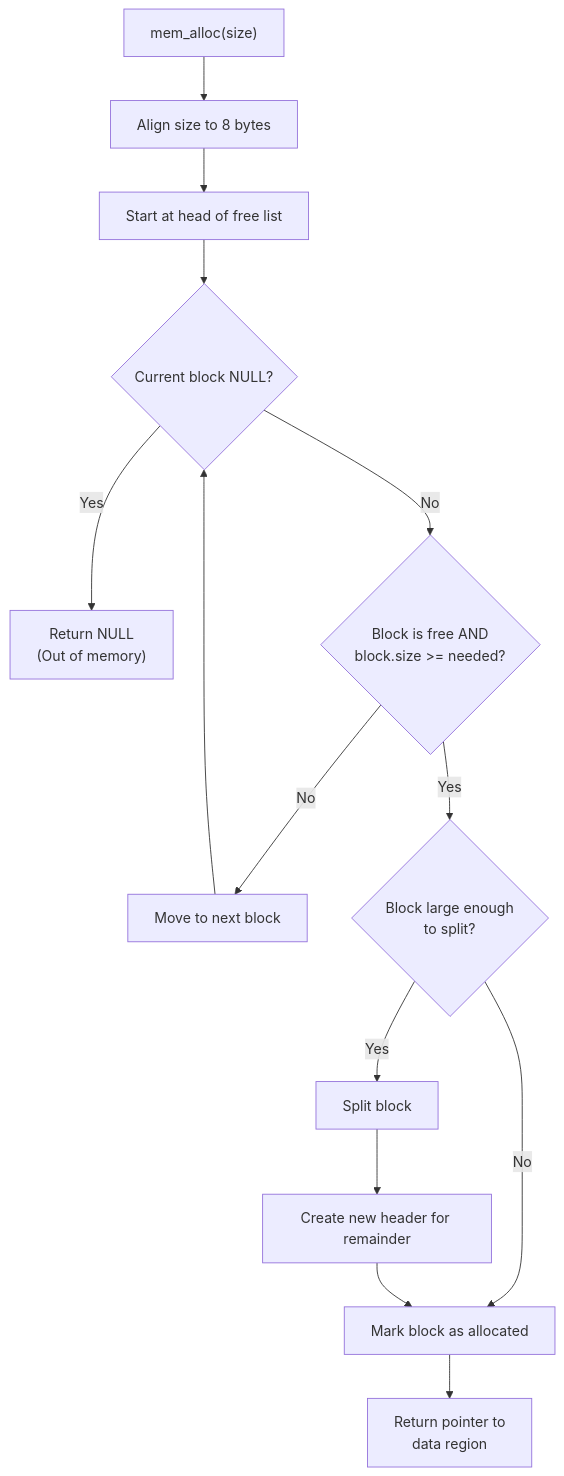
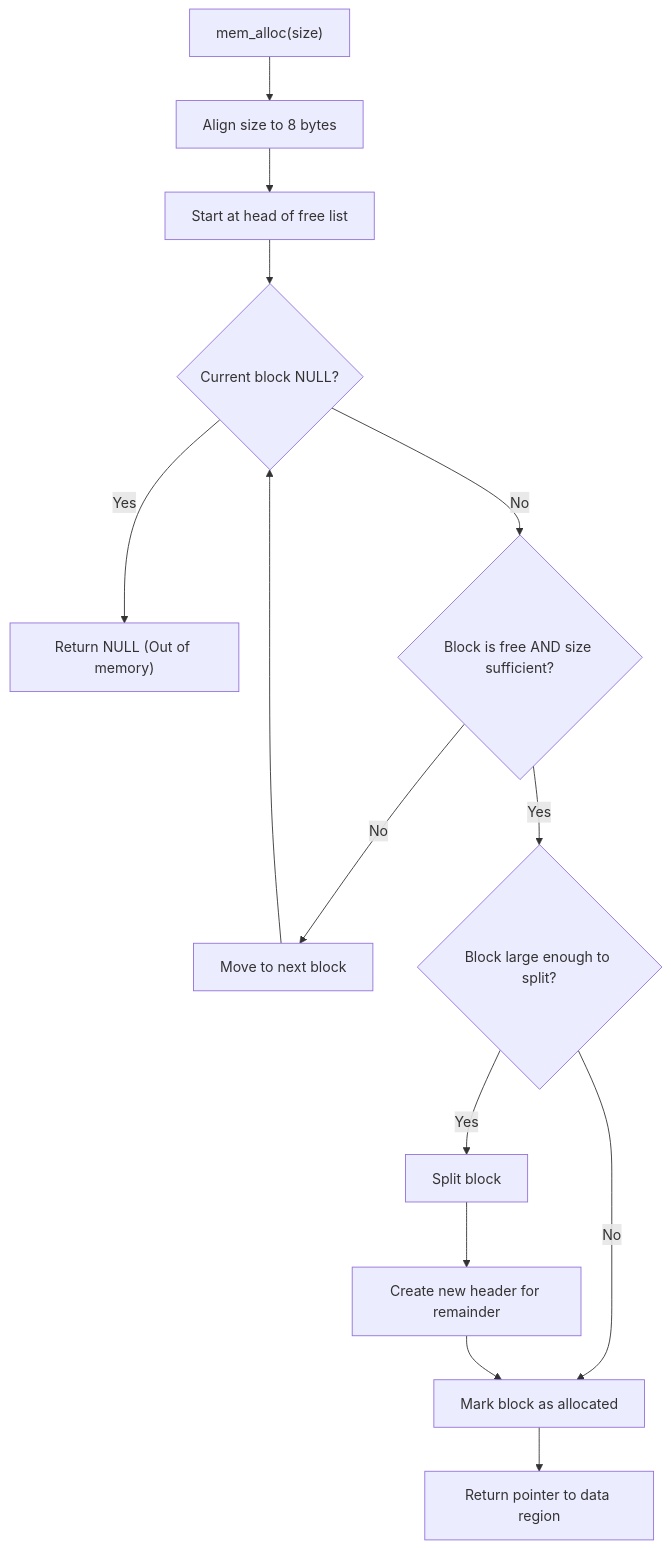
The second of 3 diagrams in docs/MemoryDesign.md (Pranay0083/Mini-OS), drawn with Mermaid before and after one commit. The commit also changed other lines of this file, not shown here.

Commit message:
docs(memory): refactor markdown syntax and format diagrams

````diff
--- a/docs/MemoryDesign.md
+++ b/docs/MemoryDesign.md
@@ -62,16 +79,21 @@
 ```mermaid
 flowchart TD
     A["mem_alloc(size)"] --> B["Align size to 8 bytes"]
     B --> C["Start at head of free list"]
+
     C --> D{"Current block NULL?"}
-    D -->|Yes| E["Return NULL<br/>(Out of memory)"]
-    D -->|No| F{"Block is free AND<br/>block.size >= needed?"}
+    D -->|Yes| E["Return NULL (Out of memory)"]
+    D -->|No| F{"Block is free AND size sufficient?"}
+
     F -->|No| G["Move to next block"]
     G --> D
-    F -->|Yes| H{"Block large enough<br/>to split?"}
+
+    F -->|Yes| H{"Block large enough to split?"}
     H -->|No| I["Mark block as allocated"]
     H -->|Yes| J["Split block"]
+
     J --> K["Create new header for remainder"]
     K --> I
-    I --> L["Return pointer to<br/>data region"]
+
+    I --> L["Return pointer to data region"]
 ```
````
